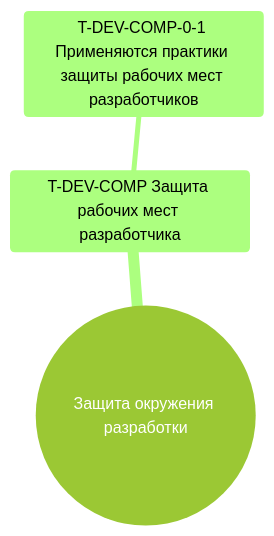
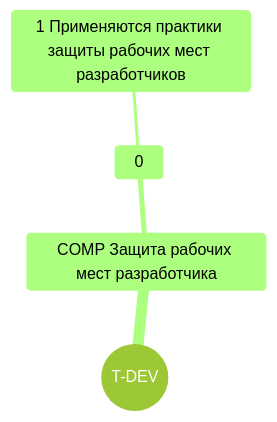
One commit to k0yt/mindmap-DAF changed the second of 2 diagrams in README.md. Above: the diagram before and after it, drawn with Mermaid. The commit also changed other lines of this file, not shown here.

````diff
--- a/README.md
+++ b/README.md
@@ -17,7 +19,8 @@
 ```mermaid
 %%{init: {'theme':'forest'}}%%
 mindmap
-  root((Защита окружения разработки))
-    T-DEV-COMP Защита рабочих мест разработчика
-      T-DEV-COMP-0-1 Применяются практики защиты рабочих мест разработчиков
+  root((T-DEV))
+    COMP Защита рабочих мест разработчика
+      0
+        1 Применяются практики защиты рабочих мест разработчиков
 ```
````
